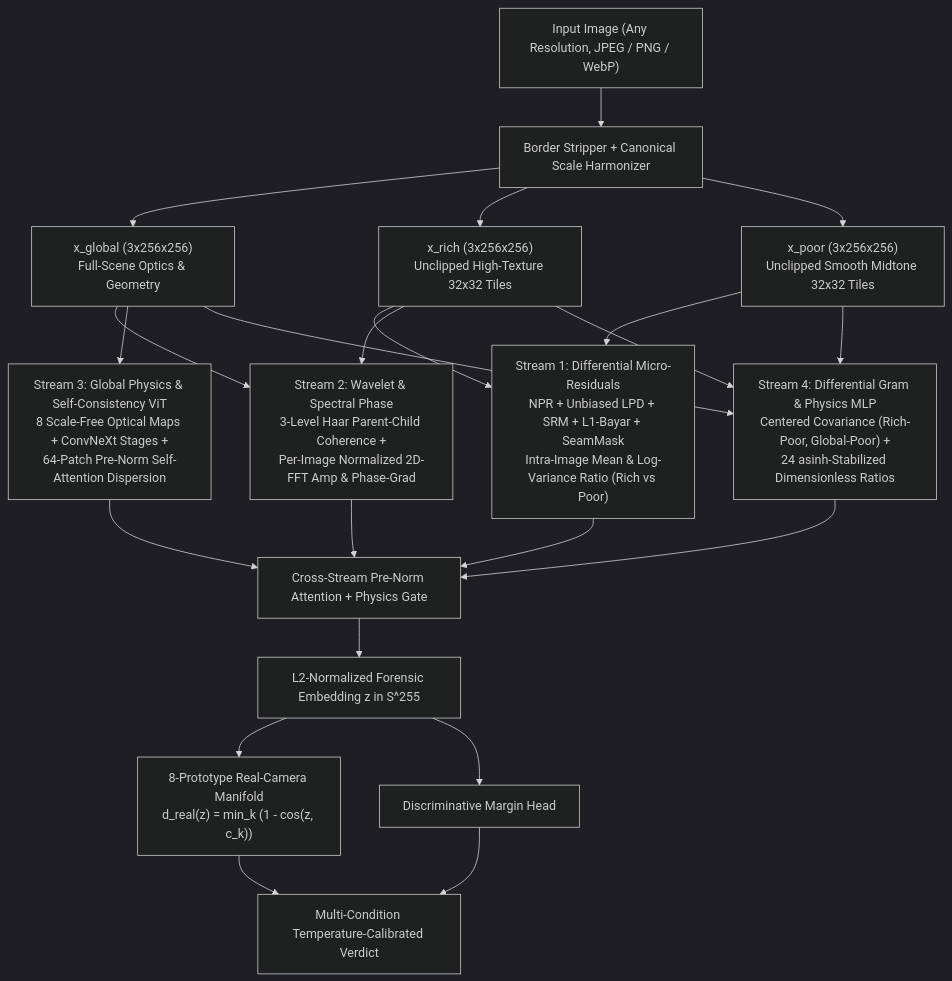
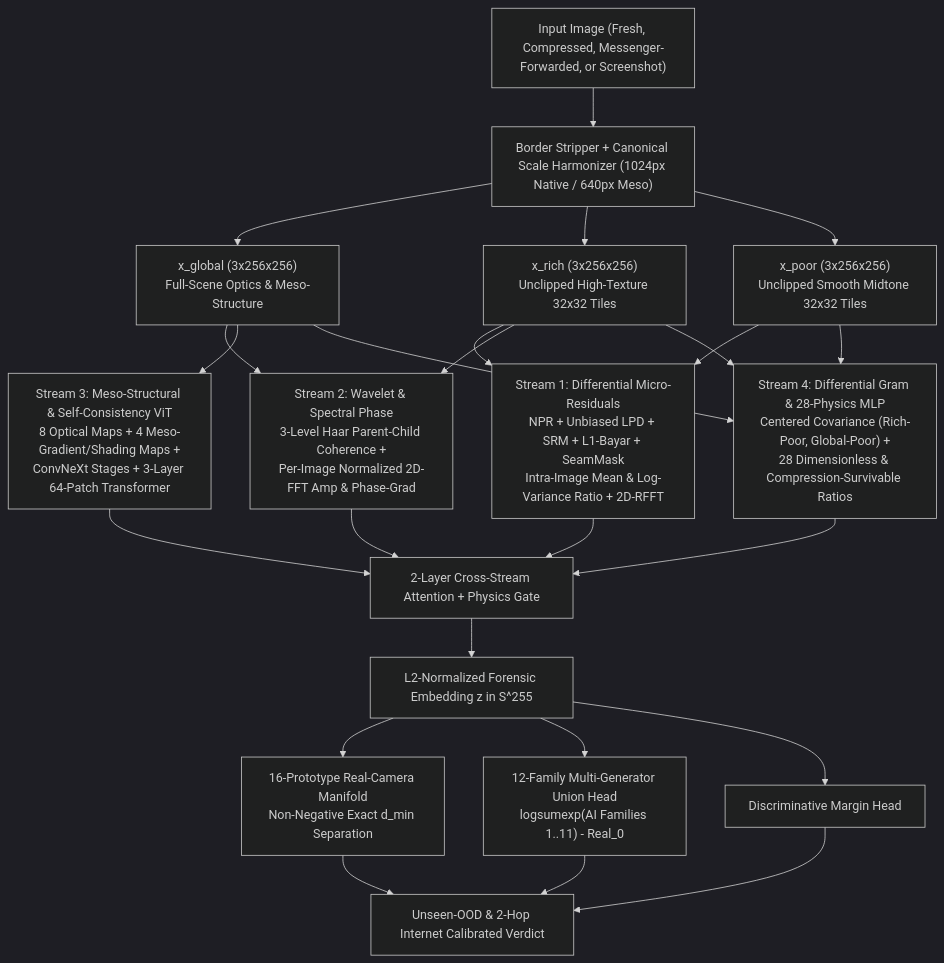
The diagram in README.md (LukichaX/artifactnet-ai-image-detector), drawn with Mermaid (dark theme) before and after one commit. The commit also changed other lines of this file and 33 other files, not shown here.

Commit message:
Complete ArtifactNet v5 upgrade, multi-generator harvest, and master handover documentation

````diff
--- a/README.md
+++ b/README.md
@@ -45,18 +33,19 @@
 ```mermaid
 flowchart TD
-    In["Input Image (Any Resolution, JPEG / PNG / WebP)"] --> Prep["Border Stripper + Canonical Scale Harmonizer"]
-    Prep --> XG["x_global (3x256x256)<br/>Full-Scene Optics & Geometry"]
+    In["Input Image (Fresh, Compressed, Messenger-Forwarded, or Screenshot)"] --> Prep["Border Stripper + Canonical Scale Harmonizer (1024px Native / 640px Meso)"]
+    Prep --> XG["x_global (3x256x256)<br/>Full-Scene Optics & Meso-Structure"]
     Prep --> XR["x_rich (3x256x256)<br/>Unclipped High-Texture 32x32 Tiles"]
     Prep --> XP["x_poor (3x256x256)<br/>Unclipped Smooth Midtone 32x32 Tiles"]
 
-    XR & XP --> S1["Stream 1: Differential Micro-Residuals<br/>NPR + Unbiased LPD + SRM + L1-Bayar + SeamMask<br/>Intra-Image Mean & Log-Variance Ratio (Rich vs Poor)"]
+    XR & XP --> S1["Stream 1: Differential Micro-Residuals<br/>NPR + Unbiased LPD + SRM + L1-Bayar + SeamMask<br/>Intra-Image Mean & Log-Variance Ratio + 2D-RFFT"]
     XG & XR --> S2["Stream 2: Wavelet & Spectral Phase<br/>3-Level Haar Parent-Child Coherence +<br/>Per-Image Normalized 2D-FFT Amp & Phase-Grad"]
-    XG --> S3["Stream 3: Global Physics & Self-Consistency ViT<br/>8 Scale-Free Optical Maps + ConvNeXt Stages +<br/>64-Patch Pre-Norm Self-Attention Dispersion"]
-    XG & XR & XP --> S4["Stream 4: Differential Gram & Physics MLP<br/>Centered Covariance (Rich-Poor, Global-Poor) +<br/>24 asinh-Stabilized Dimensionless Ratios"]
+    XG --> S3["Stream 3: Meso-Structural & Self-Consistency ViT<br/>8 Optical Maps + 4 Meso-Gradient/Shading Maps +<br/>ConvNeXt Stages + 3-Layer 64-Patch Transformer"]
+    XG & XR & XP --> S4["Stream 4: Differential Gram & 28-Physics MLP<br/>Centered Covariance (Rich-Poor, Global-Poor) +<br/>28 Dimensionless & Compression-Survivable Ratios"]
 
-    S1 & S2 & S3 & S4 --> Attn["Cross-Stream Pre-Norm Attention + Physics Gate"]
+    S1 & S2 & S3 & S4 --> Attn["2-Layer Cross-Stream Attention + Physics Gate"]
     Attn --> Z["L2-Normalized Forensic Embedding z in S^255"]
-    Z --> Proto["8-Prototype Real-Camera Manifold<br/>d_real(z) = min_k (1 - cos(z, c_k))"]
+    Z --> Proto["16-Prototype Real-Camera Manifold<br/>Non-Negative Exact d_min Separation"]
+    Z --> Fam["12-Family Multi-Generator Union Head<br/>logsumexp(AI Families 1..11) - Real_0"]
     Z --> Disc["Discriminative Margin Head"]
-    Proto & Disc --> Out["Multi-Condition Temperature-Calibrated Verdict"]
+    Proto & Fam & Disc --> Out["Unseen-OOD & 2-Hop Internet Calibrated Verdict"]
 ```
````
